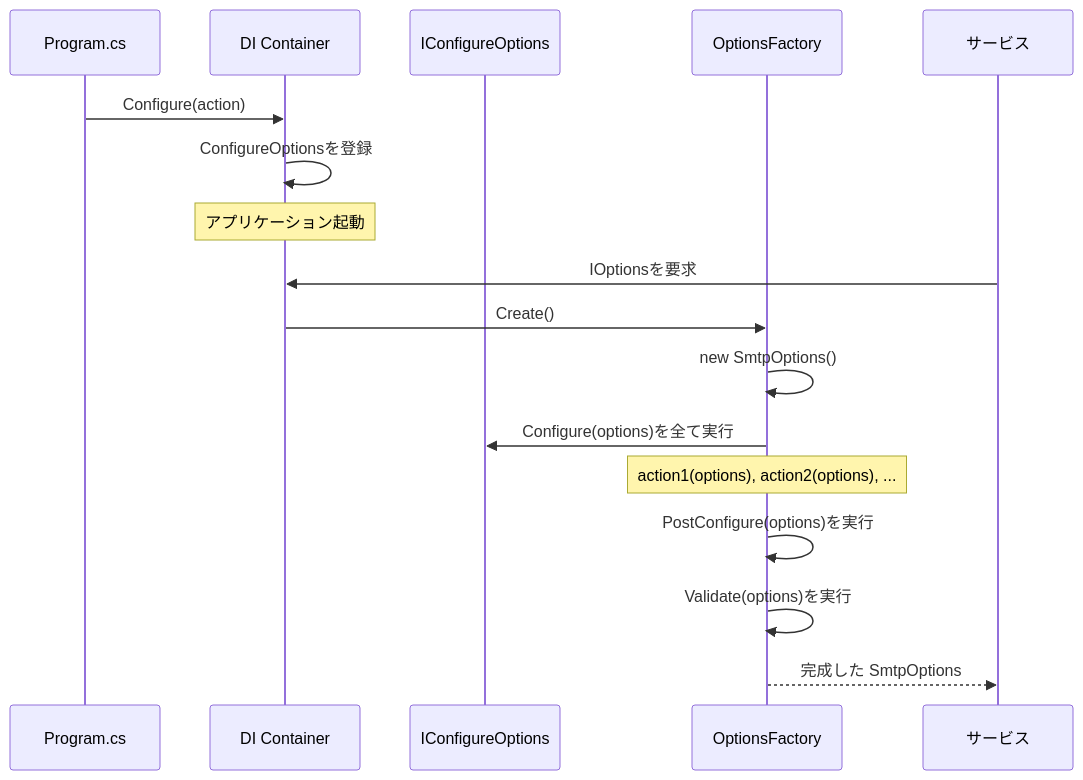
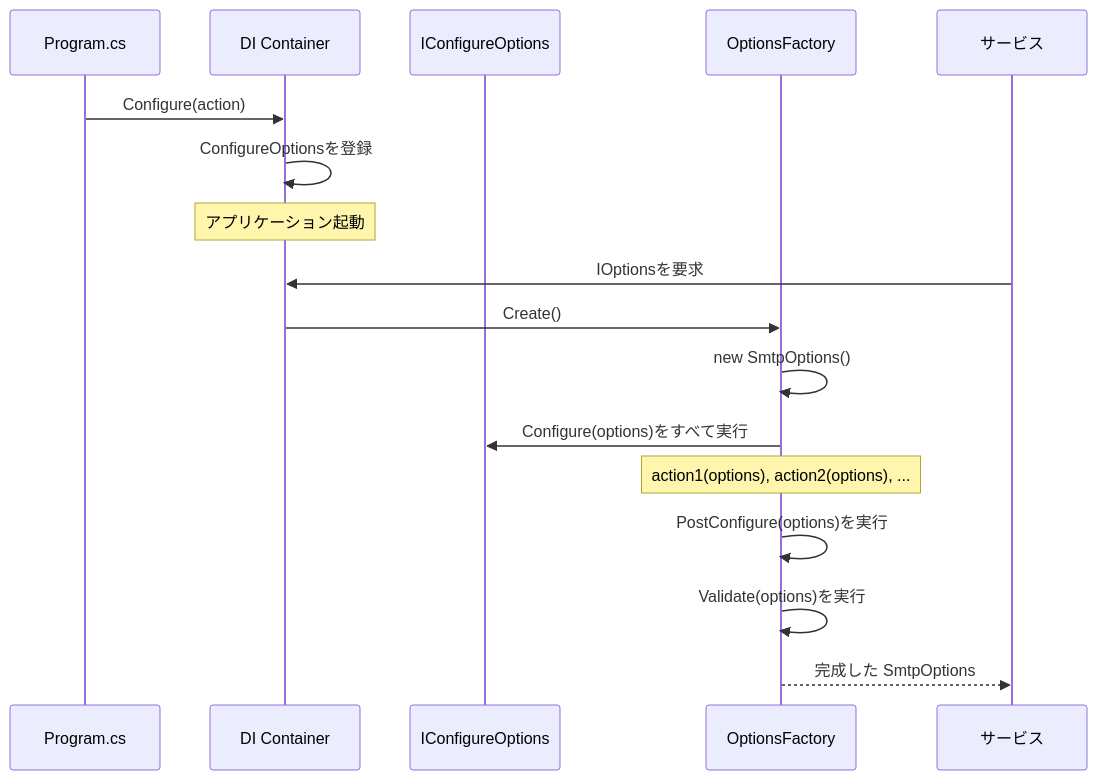
Before and after one commit to yoichiozaki/yoichiozaki.github.io: the third of 6 diagrams in content/blog/ja/options-pattern.mdx, drawn with Mermaid. The commit also changed other lines of this file and 116 other files, not shown here.

````diff
--- a/content/blog/ja/options-pattern.mdx
+++ b/content/blog/ja/options-pattern.mdx
@@ -354,22 +340,22 @@
 ```mermaid
 sequenceDiagram
     participant App as Program.cs
     participant DI as DI Container
     participant Cfg as IConfigureOptions
     participant Factory as OptionsFactory
     participant Consumer as サービス
 
     App->>DI: Configure(action)
     DI->>DI: ConfigureOptionsを登録
 
     Note over DI: アプリケーション起動
 
     Consumer->>DI: IOptionsを要求
     DI->>Factory: Create()
     Factory->>Factory: new SmtpOptions()
-    Factory->>Cfg: Configure(options)を全て実行
+    Factory->>Cfg: Configure(options)をすべて実行
     Note over Factory: action1(options), action2(options), ...
     Factory->>Factory: PostConfigure(options)を実行
     Factory->>Factory: Validate(options)を実行
     Factory-->>Consumer: 完成した SmtpOptions
 ```
````
